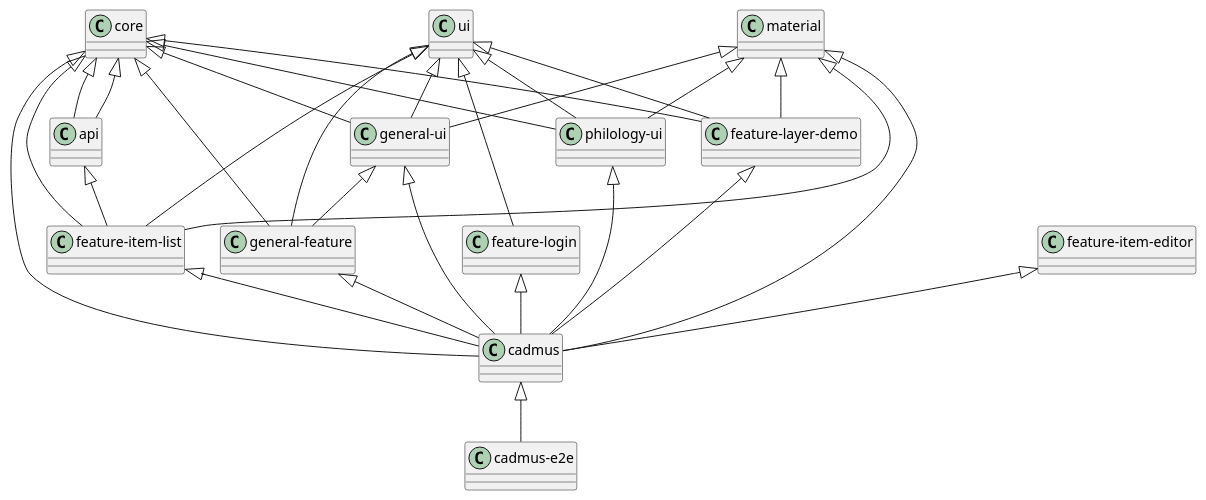
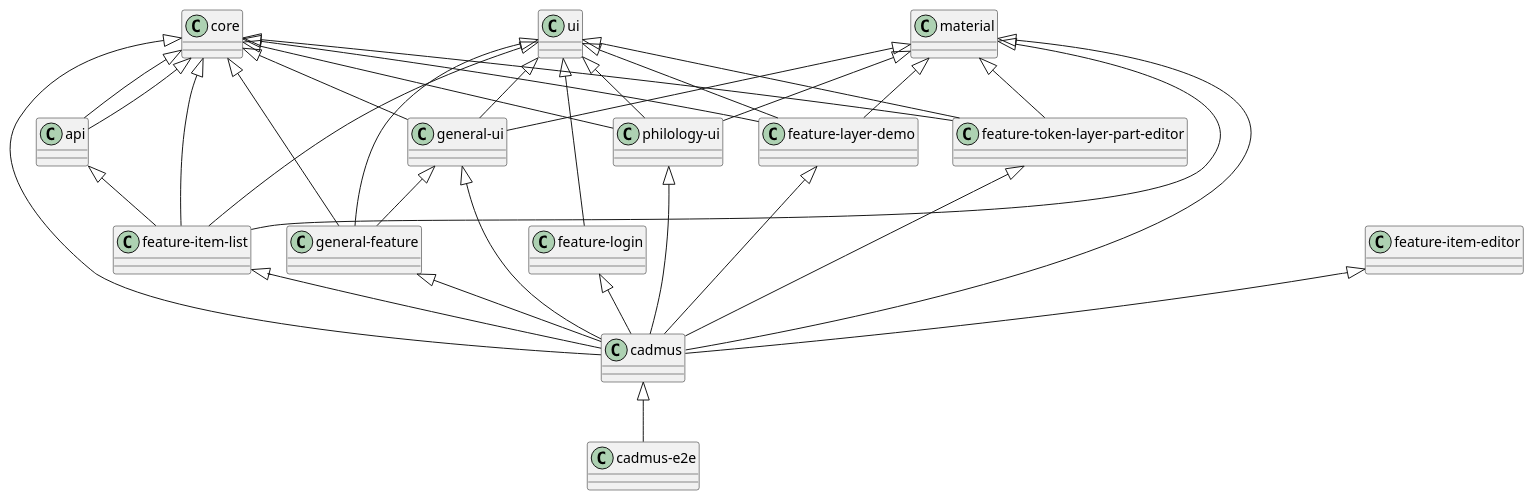
One commit to vedph/cadmus_web changed the diagram in README.md. Above: the diagram before and after it, drawn with PlantUML. The commit also changed other lines of this file and 22 other files, not shown here.

Commit message:
Adding token layer part editor

````diff
--- a/README.md
+++ b/README.md
@@ -28,33 +28,37 @@
 ```plantuml
 @startuml
 core <|-- api
 core <|-- "general-ui"
 core <|-- "general-feature"
 core <|-- "philology-ui"
 core <|-- "feature-layer-demo"
 core <|-- "feature-item-list"
+core <|-- "feature-token-layer-part-editor"
 api <|-- "feature-item-list"
 core <|-- api
 core <|-- cadmus
 material <|-- "general-ui"
 material <|-- "philology-ui"
 material <|-- "feature-layer-demo"
 material <|-- "feature-item-list"
+material <|-- "feature-token-layer-part-editor"
 material <|-- cadmus
 ui <|-- "general-ui"
 ui <|-- "general-feature"
 ui <|-- "philology-ui"
 ui <|-- "feature-layer-demo"
 ui <|-- "feature-item-list"
 ui <|-- "feature-login"
+ui <|-- "feature-token-layer-part-editor"
 "general-ui" <|-- cadmus
 "general-ui" <|-- "general-feature"
 "general-feature" <|-- cadmus
 "philology-ui" <|-- cadmus
 "feature-layer-demo" <|-- cadmus
 "feature-item-list" <|-- cadmus
 "feature-item-editor" <|-- cadmus
+"feature-token-layer-part-editor" <|-- cadmus
 "feature-login" <|-- cadmus
 cadmus <|-- "cadmus-e2e"
 @enduml
 ```
````
